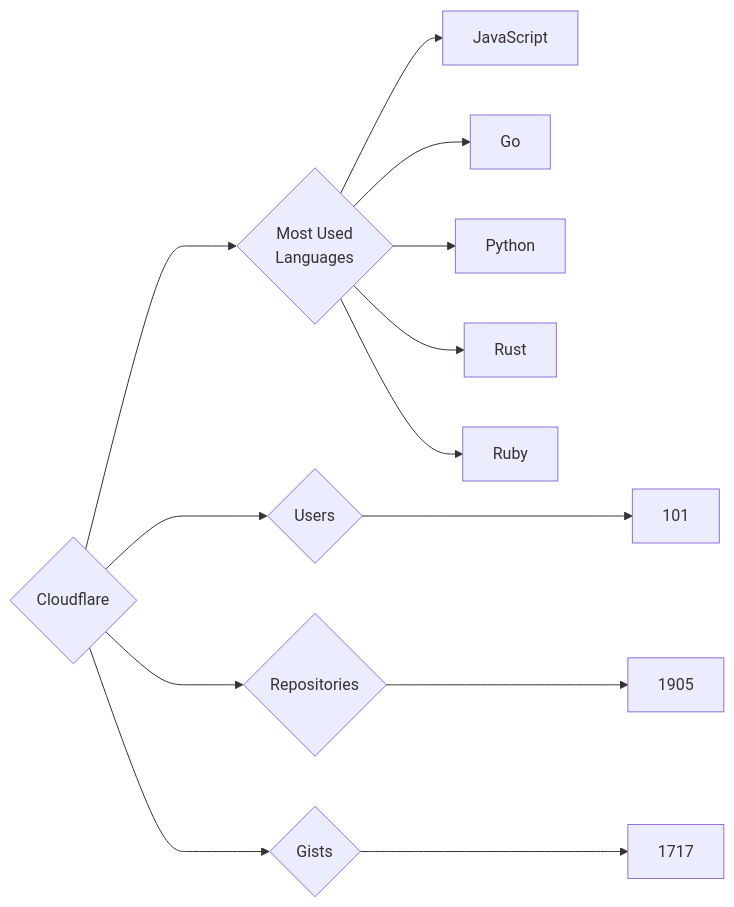
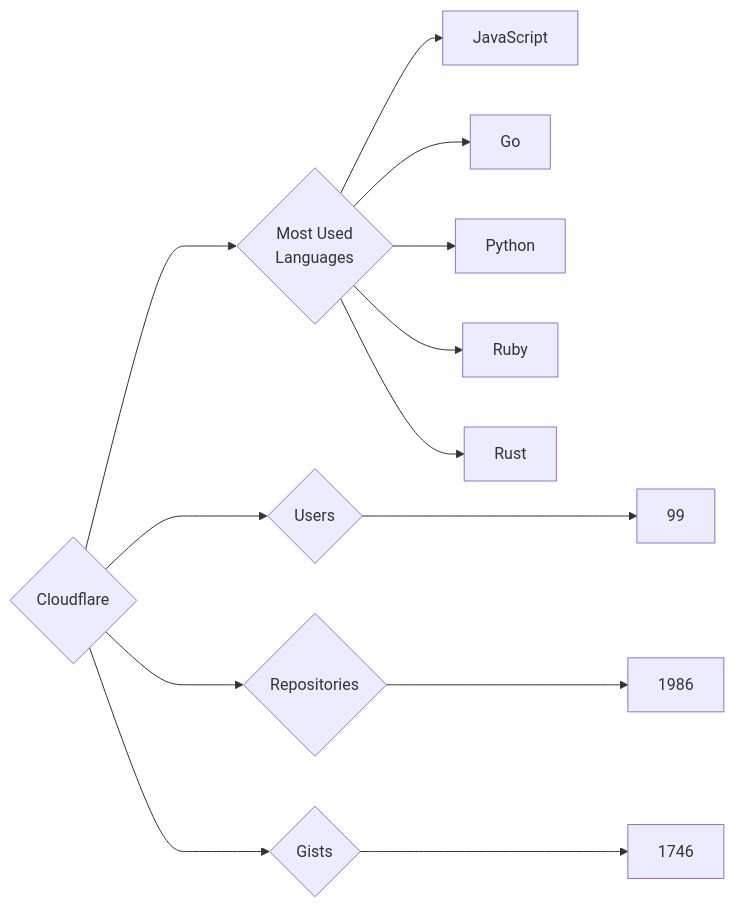
One commit to trickest/insiders changed the diagram in targets/Cloudflare/README.md. Above: the diagram before and after it, drawn with Mermaid. The commit also changed 777 other files, not shown here.

````diff
--- a/targets/Cloudflare/README.md
+++ b/targets/Cloudflare/README.md
@@ -3,13 +3,13 @@
 ```mermaid
 graph LR
 COMPANY_NAME{Cloudflare}
-COMPANY_NAME ---> U{Users} ---> UN[101]
-COMPANY_NAME ---> R{Repositories} ---> RN[1905]
-COMPANY_NAME ---> G{Gists} ---> GN[1717]
+COMPANY_NAME ---> U{Users} ---> UN[99]
+COMPANY_NAME ---> R{Repositories} ---> RN[1986]
+COMPANY_NAME ---> G{Gists} ---> GN[1746]
 COMPANY_NAME ---> ML{Most Used<br>Languages}
 ML --> JavaScript[JavaScript]
 ML --> Go[Go]
 ML --> Python[Python]
+ML --> Ruby[Ruby]
 ML --> Rust[Rust]
-ML --> Ruby[Ruby]
 ```
````
